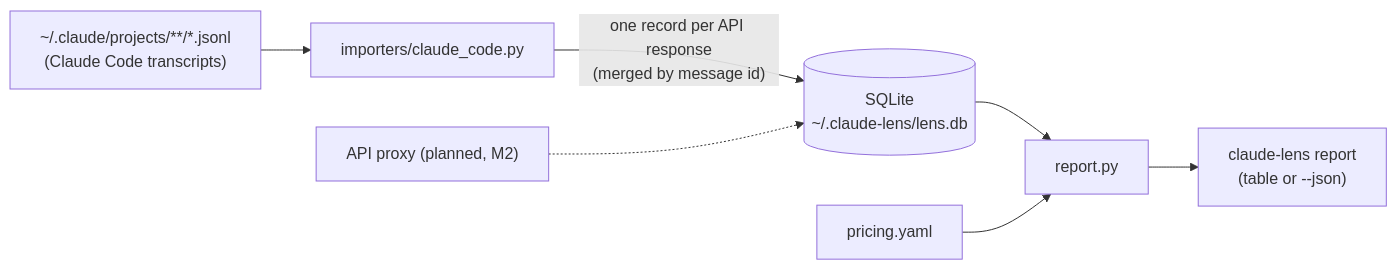
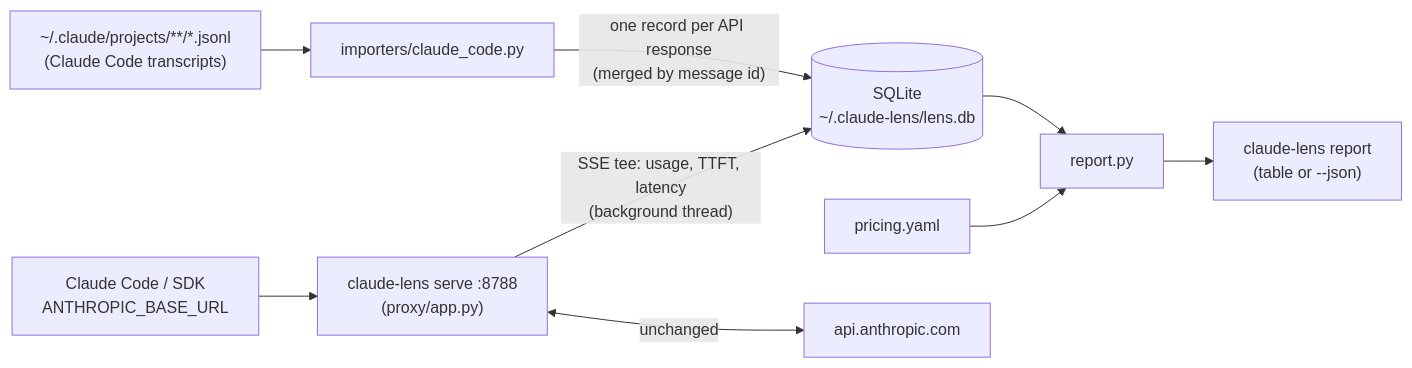
Before and after one commit to rkrzywiecki/claude-lens: the diagram in README.md, drawn with Mermaid. The commit also changed other lines of this file and 5 other files, not shown here.

Commit message:
Document the API proxy

````diff
--- a/README.md
+++ b/README.md
@@ -11,9 +12,11 @@
 ```mermaid
 flowchart LR
     T["~/.claude/projects/**/*.jsonl<br/>(Claude Code transcripts)"] --> I[importers/claude_code.py]
     I -->|"one record per API response<br/>(merged by message id)"| S[(SQLite<br/>~/.claude-lens/lens.db)]
     S --> R[report.py]
     P[pricing.yaml] --> R
     R --> C["claude-lens report<br/>(table or --json)"]
-    X["API proxy (planned, M2)"] -.-> S
+    CL["Claude Code / SDK<br/>ANTHROPIC_BASE_URL"] --> X["claude-lens serve :8788<br/>(proxy/app.py)"]
+    X <-->|"unchanged"| A[api.anthropic.com]
+    X -->|"SSE tee: usage, TTFT, latency<br/>(background thread)"| S
 ```
````
